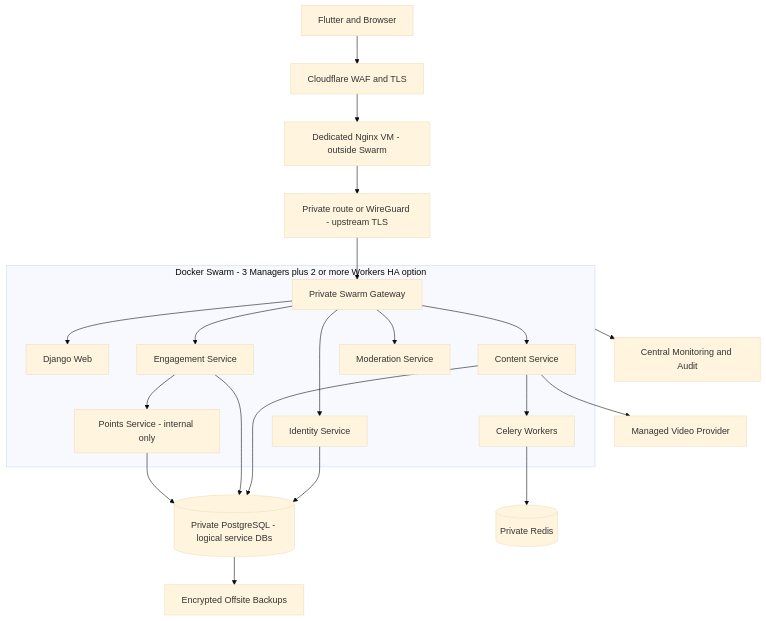
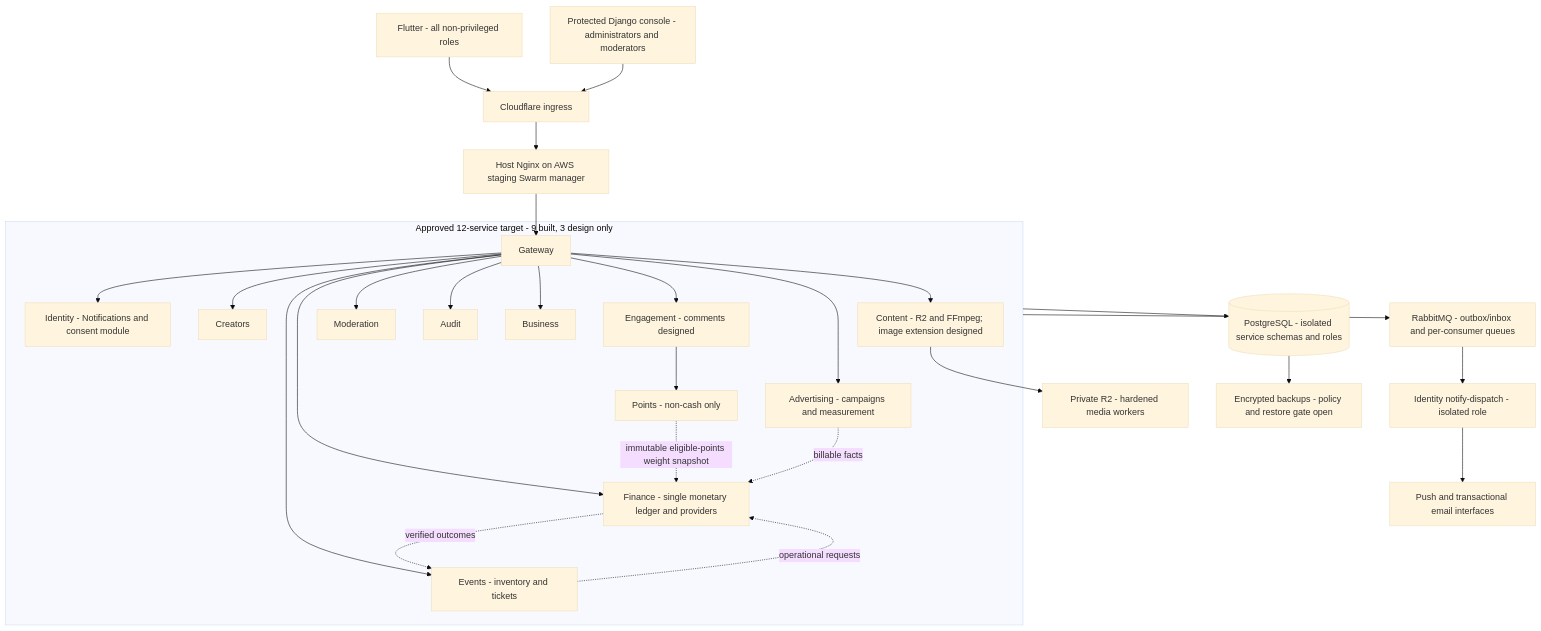
One commit to Markcino/KoloVibe changed the diagram in docs/architecture/DOC-208_Architecture.mmd. Above: the diagram before and after it, drawn with Mermaid (base theme). The commit also changed 44 other files, not shown here.

```diff
--- a/docs/architecture/DOC-208_Architecture.mmd
+++ b/docs/architecture/DOC-208_Architecture.mmd
@@ -1,22 +1,29 @@
+%% Target architecture under the full application mandate; not a deployment claim.
 flowchart TB
-  User[Flutter and Browser] --> CF[Cloudflare WAF and TLS]
-  CF --> NGINX[Dedicated Nginx VM - outside Swarm]
-  NGINX --> VPN[Private route or WireGuard - upstream TLS]
-  VPN --> GATE[Private Swarm Gateway]
-  subgraph SWARM[Docker Swarm - 3 Managers plus 2 or more Workers HA option]
-    GATE --> WEB[Django Web]
-    GATE --> ID[Identity Service]
-    GATE --> CT[Content Service]
-    GATE --> EN[Engagement Service]
-    EN --> PT[Points Service - internal only]
-    GATE --> MO[Moderation Service]
-    CT --> W[Celery Workers]
+  APP[Flutter - all non-privileged roles] --> CF[Cloudflare ingress]
+  CONSOLE[Protected Django console - administrators and moderators] --> CF
+  CF --> NGINX[Host Nginx on AWS staging Swarm manager]
+  NGINX --> GW[Gateway]
+  subgraph TARGET[Approved 12-service target - 9 built, 3 design only]
+    GW --> ID[Identity - Notifications and consent module]
+    GW --> CR[Creators]
+    GW --> CT[Content - R2 and FFmpeg; image extension designed]
+    GW --> EN[Engagement - comments designed]
+    EN --> PT[Points - non-cash only]
+    GW --> MO[Moderation]
+    GW --> AU[Audit]
+    GW --> BZ[Business]
+    GW --> FN[Finance - single monetary ledger and providers]
+    GW --> EV[Events - inventory and tickets]
+    GW --> AD[Advertising - campaigns and measurement]
   end
-  ID --> DB[(Private PostgreSQL - logical service DBs)]
-  CT --> DB
-  EN --> DB
-  PT --> DB
-  W --> REDIS[(Private Redis)]
-  CT --> VID[Managed Video Provider]
-  SWARM --> OBS[Central Monitoring and Audit]
-  DB --> BK[Encrypted Offsite Backups]
+  TARGET --> DB[(PostgreSQL - isolated service schemas and roles)]
+  TARGET --> MQ[RabbitMQ - outbox/inbox and per-consumer queues]
+  CT --> R2[Private R2 - hardened media workers]
+  PT -. immutable eligible-points weight snapshot .-> FN
+  EV -. operational requests .-> FN
+  AD -. billable facts .-> FN
+  FN -. verified outcomes .-> EV
+  MQ --> ND[Identity notify-dispatch - isolated role]
+  ND --> PROVIDERS[Push and transactional email interfaces]
+  DB --> BK[Encrypted backups - policy and restore gate open]
```
